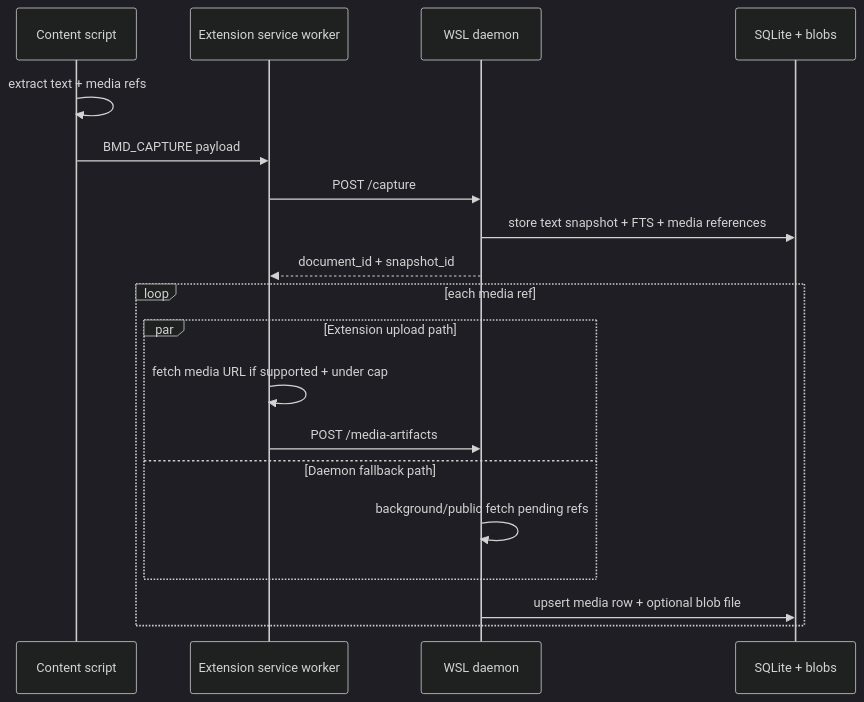
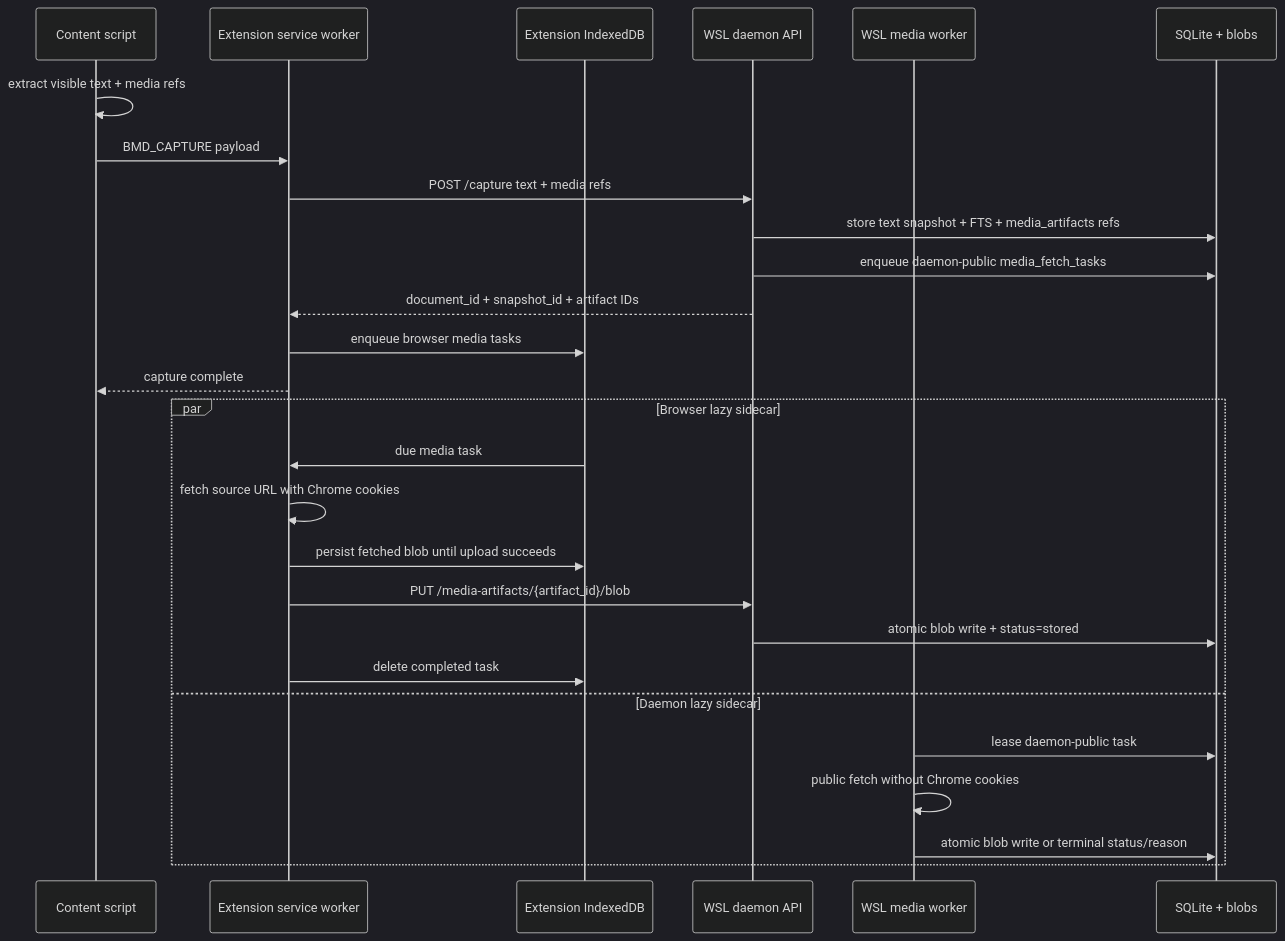
One commit to michaelnicks0/browser-memory-daemon changed the diagram in docs/media-artifacts.md. Above: the diagram before and after it, drawn with Mermaid (dark theme). The commit also changed other lines of this file and 31 other files, not shown here.

````diff
--- a/docs/media-artifacts.md
+++ b/docs/media-artifacts.md
@@ -84,22 +81,31 @@
 ```mermaid
 sequenceDiagram
   participant CS as Content script
   participant SW as Extension service worker
-  participant D as WSL daemon
+  participant IDB as Extension IndexedDB
+  participant D as WSL daemon API
+  participant MW as WSL media worker
   participant DB as SQLite + blobs
 
-  CS->>CS: extract text + media refs
+  CS->>CS: extract visible text + media refs
   CS->>SW: BMD_CAPTURE payload
-  SW->>D: POST /capture
-  D->>DB: store text snapshot + FTS + media references
-  D-->>SW: document_id + snapshot_id
-  loop each media ref
-    par Extension upload path
-      SW->>SW: fetch media URL if supported + under cap
-      SW->>D: POST /media-artifacts
-    and Daemon fallback path
-      D->>D: background/public fetch pending refs
-    end
-    D->>DB: upsert media row + optional blob file
+  SW->>D: POST /capture text + media refs
+  D->>DB: store text snapshot + FTS + media_artifacts refs
+  D->>DB: enqueue daemon-public media_fetch_tasks
+  D-->>SW: document_id + snapshot_id + artifact IDs
+  SW->>IDB: enqueue browser media tasks
+  SW-->>CS: capture complete
+
+  par Browser lazy sidecar
+    IDB->>SW: due media task
+    SW->>SW: fetch source URL with Chrome cookies
+    SW->>IDB: persist fetched blob until upload succeeds
+    SW->>D: PUT /media-artifacts/{artifact_id}/blob
+    D->>DB: atomic blob write + status=stored
+    SW->>IDB: delete completed task
+  and Daemon lazy sidecar
+    MW->>DB: lease daemon-public task
+    MW->>MW: public fetch without Chrome cookies
+    MW->>DB: atomic blob write or terminal status/reason
   end
 ```
````
